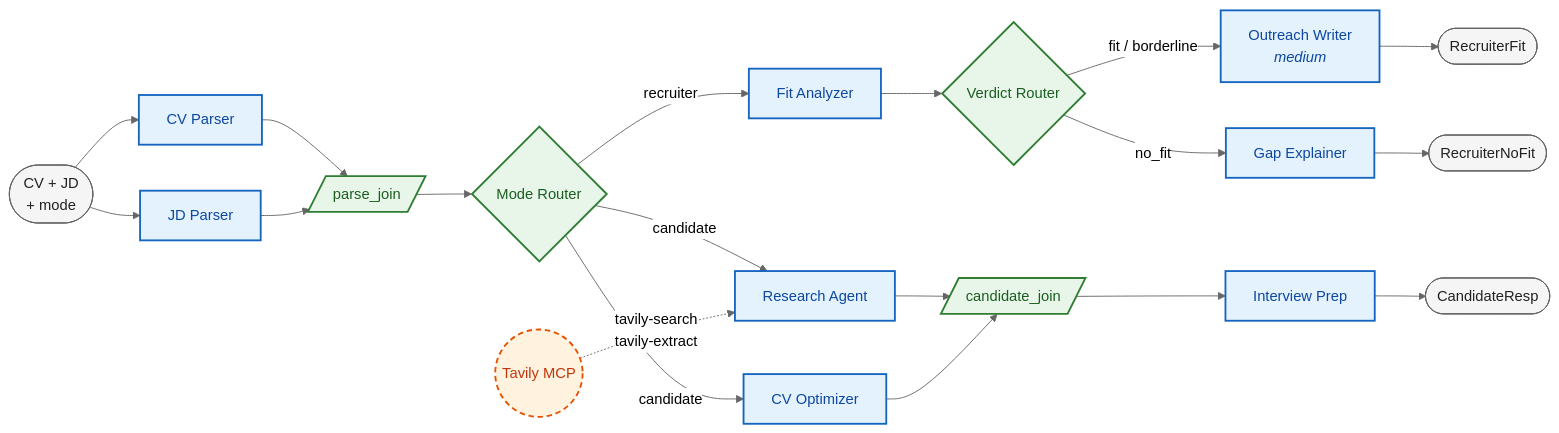
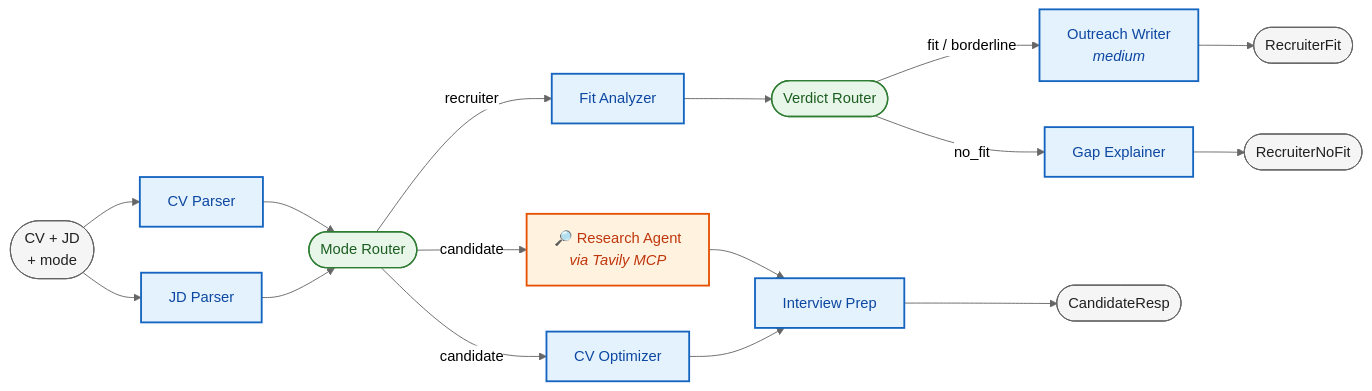
Before and after one commit to Naji-Najari/career-copilot: the diagram in README.md, drawn with Mermaid (neutral theme). The commit also changed other lines of this file and 4 other files, not shown here.

````diff
--- a/README.md
+++ b/README.md
@@ -39,33 +39,28 @@
 ```mermaid
 flowchart LR
     IN(["CV + JD<br/>+ mode"]):::io
 
     IN --> CV[CV Parser]:::agent
     IN --> JD[JD Parser]:::agent
-    CV --> PJ[/parse_join/]:::code
-    JD --> PJ
-    PJ --> MR{Mode Router}:::code
+    CV --> MR(["Mode Router"]):::router
+    JD --> MR
 
     MR -- recruiter --> FA[Fit Analyzer]:::agent
-    FA --> VR{Verdict Router}:::code
+    FA --> VR(["Verdict Router"]):::router
     VR -- fit / borderline --> OW["Outreach Writer<br/><i>medium</i>"]:::agent
     VR -- no_fit --> GE[Gap Explainer]:::agent
 
-    MR -- candidate --> RA[Research Agent]:::agent
+    MR -- candidate --> RA["🔎 Research Agent<br/><i>via Tavily MCP</i>"]:::tool_agent
     MR -- candidate --> CO[CV Optimizer]:::agent
-    RA --> CJ[/candidate_join/]:::code
-    CO --> CJ
-    CJ --> IP[Interview Prep]:::agent
-
-    TV((Tavily MCP)):::tool
-    TV -. tavily-search<br/>tavily-extract .-> RA
+    RA --> IP[Interview Prep]:::agent
+    CO --> IP
 
     OW --> OUT1(["RecruiterFit"]):::io
     GE --> OUT2(["RecruiterNoFit"]):::io
     IP --> OUT3(["CandidateResp"]):::io
 
     classDef agent fill:#E3F2FD,stroke:#1565C0,stroke-width:2px,color:#0D47A1
-    classDef code fill:#E8F5E9,stroke:#2E7D32,stroke-width:2px,color:#1B5E20
-    classDef tool fill:#FFF3E0,stroke:#E65100,stroke-width:2px,stroke-dasharray:6 4,color:#BF360C
+    classDef tool_agent fill:#FFF3E0,stroke:#E65100,stroke-width:2px,color:#BF360C
+    classDef router fill:#E8F5E9,stroke:#2E7D32,stroke-width:1.5px,color:#1B5E20
     classDef io fill:#F5F5F5,stroke:#616161,stroke-width:1px,color:#212121
 ```
````
